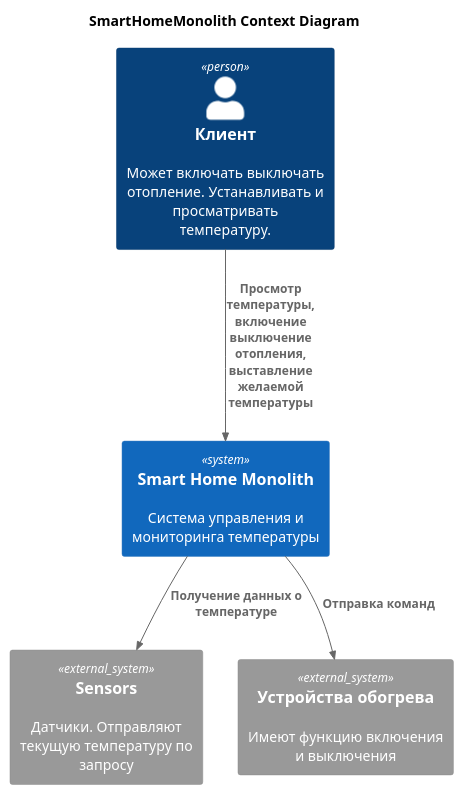
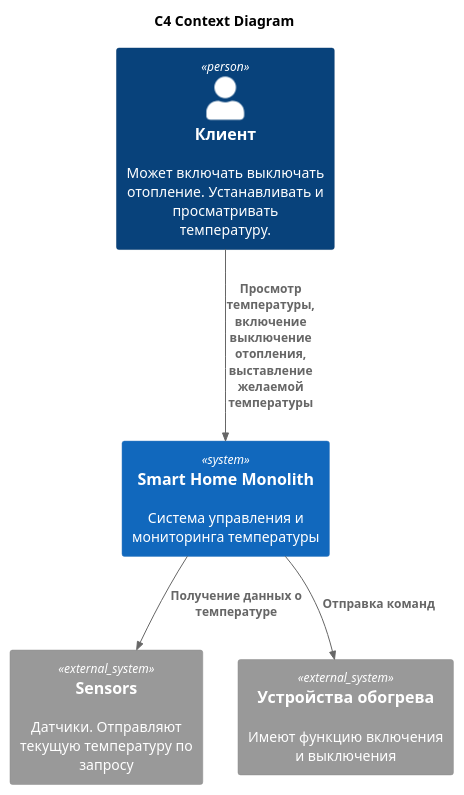
Before and after one commit to ovsergeyev/architecture-sprint-3: the diagram in mkdoc/docs/puml_diagrams/C4 Context v1.puml, drawn with PlantUML. The commit also changed 4 other files, not shown here.

```diff
--- a/mkdoc/docs/puml_diagrams/C4 Context v1.puml
+++ b/mkdoc/docs/puml_diagrams/C4 Context v1.puml
@@ -1,19 +1,19 @@
 @startuml
-title SmartHomeMonolith Context Diagram
+title C4 Context Diagram
 
 top to bottom direction
 
 !includeurl https://raw.githubusercontent.com/RicardoNiepel/C4-PlantUML/master/C4_Context.puml
 
 Person(client, "Клиент", "Может включать выключать отопление. Устанавливать и просматривать температуру.")
 
 System(SmartHomeMonolith, "Smart Home Monolith", "Система управления и мониторинга температуры")
 
 System_Ext(sensors, "Sensors", "Датчики. Отправляют текущую температуру по запросу")
 System_Ext(heatingDevices, "Устройства обогрева", "Имеют функцию включения и выключения")
 
 Rel(client, SmartHomeMonolith, "Просмотр температуры, включение выключение отопления, выставление желаемой температуры")
 Rel(SmartHomeMonolith, sensors, "Получение данных о температуре")
 Rel(SmartHomeMonolith, heatingDevices, "Отправка команд")
 
 @enduml
```
